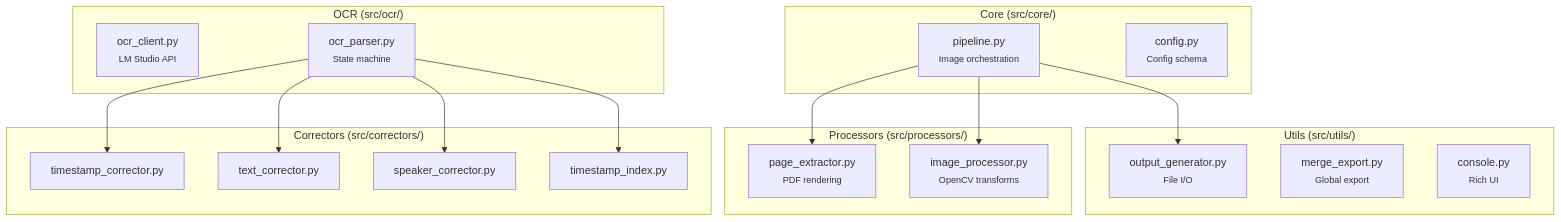
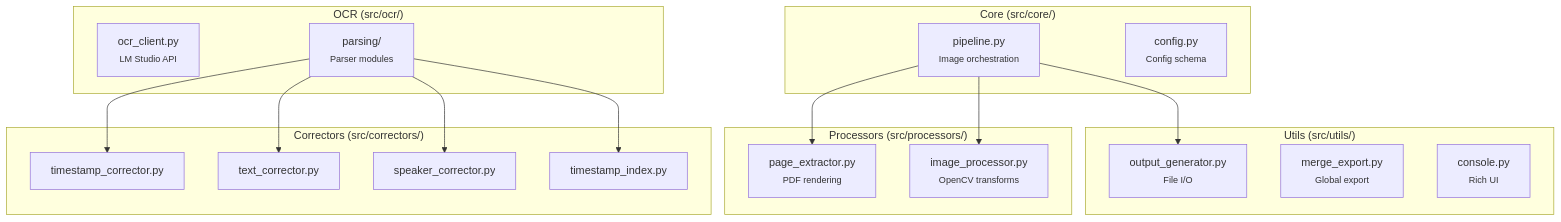
The third of 5 diagrams in docs/ARCHITECTURE.md (JeanLouisParent/Nasa-Transcript-Processor), drawn with Mermaid before and after one commit. The commit also changed other lines of this file and 1 other file, not shown here.

First line of the commit message:
Update documentation for parser refactoring

````diff
--- a/docs/ARCHITECTURE.md
+++ b/docs/ARCHITECTURE.md
@@ -162,38 +162,38 @@
 ```mermaid
 flowchart TB
     subgraph Core ["Core (src/core/)"]
         PIPE[pipeline.py<br/><small>Image orchestration</small>]
         CONF[config.py<br/><small>Config schema</small>]
     end
 
     subgraph Processors ["Processors (src/processors/)"]
         EXTM[page_extractor.py<br/><small>PDF rendering</small>]
         IMGM[image_processor.py<br/><small>OpenCV transforms</small>]
     end
 
     subgraph OCRMod ["OCR (src/ocr/)"]
         CLIENT[ocr_client.py<br/><small>LM Studio API</small>]
-        PARSER[ocr_parser.py<br/><small>State machine</small>]
+        PARSER[parsing/<br/><small>Parser modules</small>]
     end
 
     subgraph Correctors ["Correctors (src/correctors/)"]
         TSC[timestamp_corrector.py]
         TXC[text_corrector.py]
         SPC[speaker_corrector.py]
         TSI[timestamp_index.py]
     end
 
     subgraph Utils ["Utils (src/utils/)"]
         OUTG[output_generator.py<br/><small>File I/O</small>]
         MERG[merge_export.py<br/><small>Global export</small>]
         CONS[console.py<br/><small>Rich UI</small>]
     end
 
     PIPE --> EXTM
     PIPE --> IMGM
     PIPE --> OUTG
     PARSER --> TSC
     PARSER --> TXC
     PARSER --> SPC
     PARSER --> TSI
 ```
````
